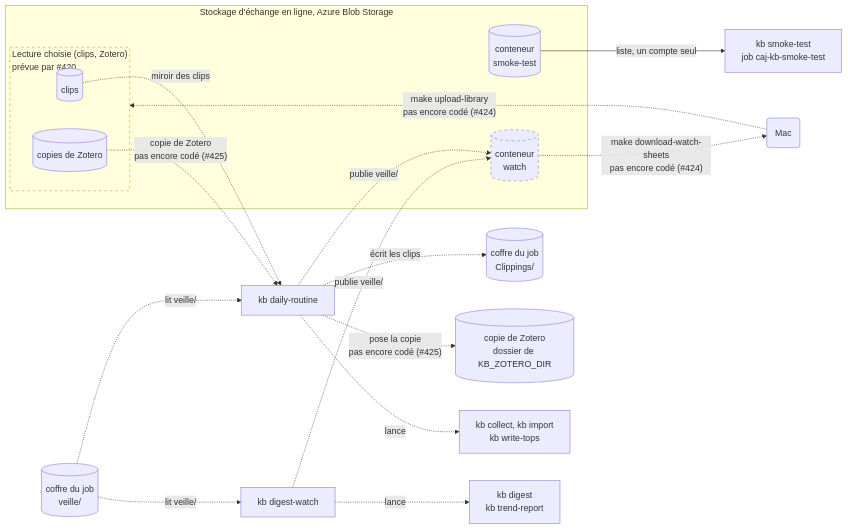
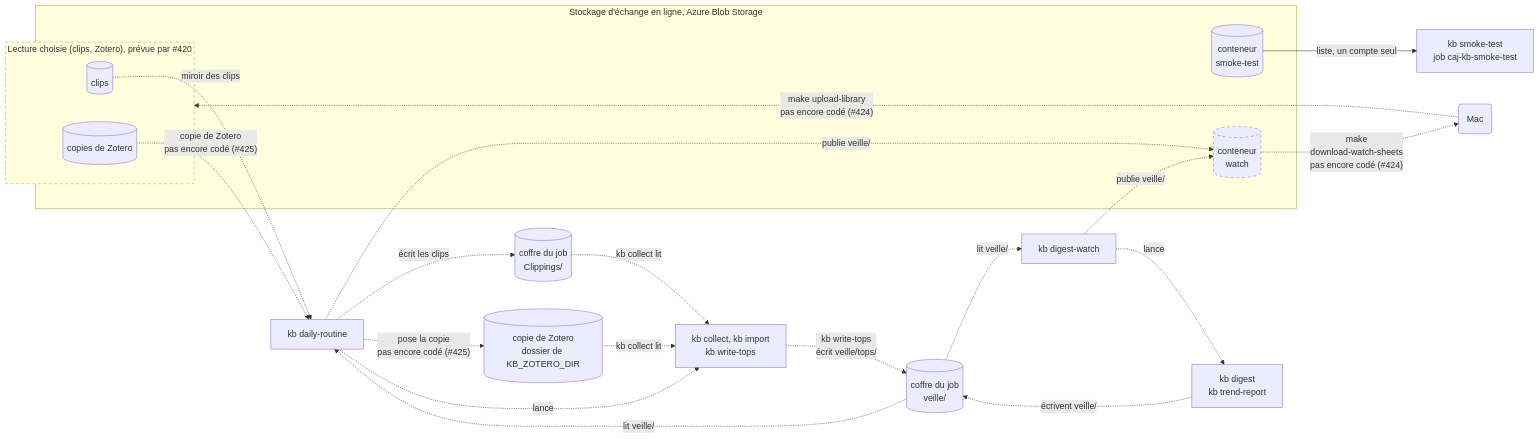
Before and after one commit to SabineLaurent/K-B: the third of 4 diagrams in documentation/architecture_pour_docu.md, drawn with Mermaid. The commit also changed other lines of this file and 1 other file, not shown here.

Commit message:
docs: apply the triage of the review of the three schemas (issue 511)

````diff
--- a/documentation/architecture_pour_docu.md
+++ b/documentation/architecture_pour_docu.md
@@ -110,35 +110,39 @@
 ```mermaid
 flowchart LR
     subgraph exchange["Stockage d'échange en ligne, Azure Blob Storage"]
         smokeContainer[("conteneur<br>smoke-test")]
-        subgraph choice["Lecture choisie (clips, Zotero)<br>prévue par #420"]
+        subgraph choice["Lecture choisie (clips, Zotero), prévue par #420"]
             choiceClips[("clips")]
             choiceZotero[("copies de Zotero")]
         end
         watchContainer[("conteneur<br>watch")]
     end
     style choice stroke-dasharray: 5 5
     style watchContainer stroke-dasharray: 5 5
     mac("Mac")
     smokeTest["kb smoke-test<br>job caj-kb-smoke-test"]
     dailyRoutine["kb daily-routine"]
     digestWatch["kb digest-watch"]
     clippings[("coffre du job<br>Clippings/")]
     zotero[("copie de Zotero<br>dossier de KB_ZOTERO_DIR")]
     vault[("coffre du job<br>veille/")]
     steps["kb collect, kb import<br>kb write-tops"]
     digestSteps["kb digest<br>kb trend-report"]
     smokeContainer -->|"liste, un compte seul"| smokeTest
     mac -.->|"make upload-library<br>pas encore codé (#424)"| choice
     choiceClips -.->|"miroir des clips"| dailyRoutine
     dailyRoutine -.->|"écrit les clips"| clippings
     choiceZotero -.->|"copie de Zotero<br>pas encore codé (#425)"| dailyRoutine
     dailyRoutine -.->|"pose la copie<br>pas encore codé (#425)"| zotero
     dailyRoutine -.->|"lance"| steps
     digestWatch -.->|"lance"| digestSteps
+    clippings -.->|"kb collect lit"| steps
+    zotero -.->|"kb collect lit"| steps
+    steps -.->|"kb write-tops<br>écrit veille/tops/"| vault
+    digestSteps -.->|"écrivent veille/"| vault
     vault -.->|"lit veille/"| dailyRoutine
     vault -.->|"lit veille/"| digestWatch
     dailyRoutine -.->|"publie veille/"| watchContainer
     digestWatch -.->|"publie veille/"| watchContainer
-    watchContainer -.->|"make download-watch-sheets<br>pas encore codé (#424)"| mac
+    watchContainer -.->|"make<br>download-watch-sheets<br>pas encore codé (#424)"| mac
 ```
````
